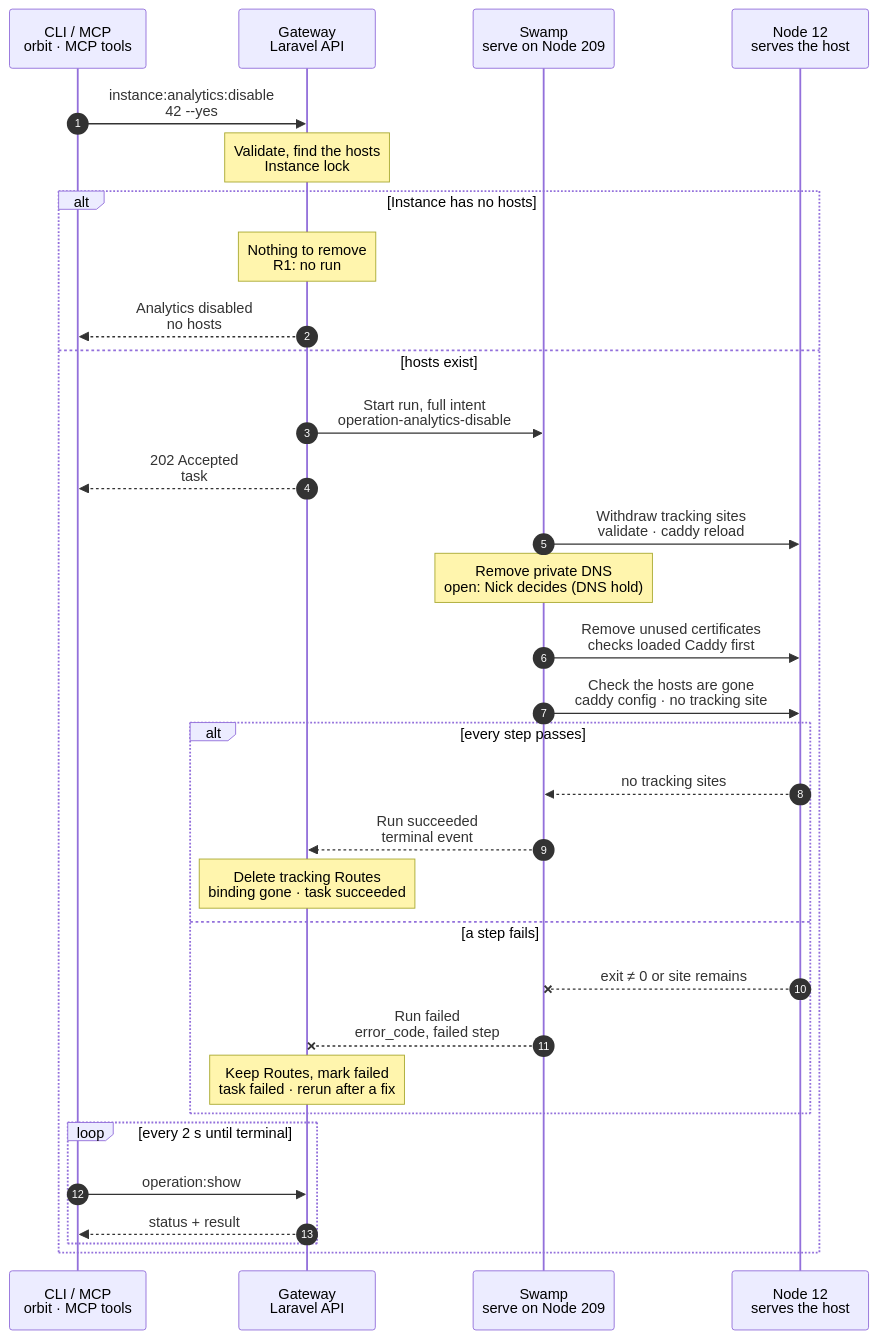
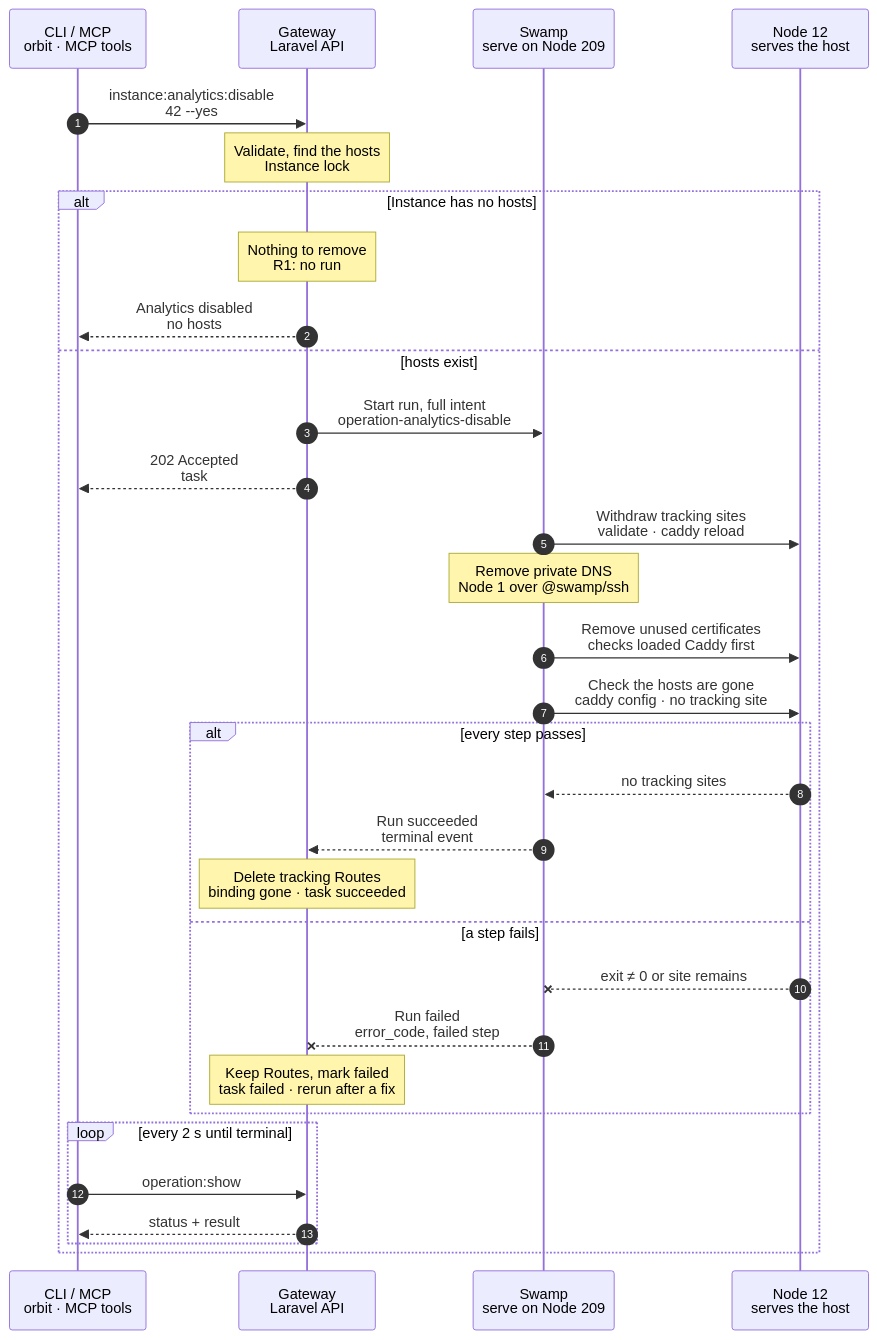
The diagram in docs/flows/analytics.disable.mmd (hardimpactdev/orbit), drawn with Mermaid before and after one commit.

Commit message:
docs(flows): analytics.disable

```diff
--- a/docs/flows/analytics.disable.mmd
+++ b/docs/flows/analytics.disable.mmd
@@ -1,103 +1,103 @@
 sequenceDiagram
-  %% Target design: ADR 0244 task, Recall analytics-plausible-via-swamp (disable keeps the Plausible site), DECISIONS 2 (DNS hold), R1-R4. docs/reference/analytics.md.
+  %% Target design: ADR 0244 task, Recall analytics-plausible-via-swamp (disable keeps the Plausible site), DECISIONS, R1-R4. docs/reference/analytics.md.
   %% status: draft
   %% command: instance:analytics:disable
   autonumber
   %% lane CLI icon=terminal pill=caller tone=gray
   %% lane GW icon=gateway pill=intent tone=blue
   %% lane SW icon=workflow pill=executes tone=green
   %% lane N icon=server pill=target tone=amber
   participant CLI as CLI / MCP<br/>orbit · MCP tools
   participant GW as Gateway<br/>Laravel API
   participant SW as Swamp<br/>serve on Node 209
   participant N as Node 12<br/>serves the host
   CLI->>GW: instance:analytics:disable<br/>42 --yes
   %%> Command:
   %%> - `orbit instance:analytics:disable 42 --yes`
   %%> - syntax: `<instance> [--yes] [--json]`
   %%> Confirmation:
   %%> - without `--yes`, the CLI asks first; the default is No
   %%> - without a terminal, or with `--json`, `--yes` is required (`input.confirmation_required`)
   %%> What it does:
   %%> - removes every tracking host of Instance 42; Plausible keeps the site and its history
   Note over GW: Validate, find the hosts<br/>Instance lock
   %%> Requirements:
   %%> - your Node has an access grant to Node 12
   %%> - no other analytics or Route change runs for Instance 42; the Gateway holds one lock
   %%> Decides:
   %%> - whether any tracking host exists
   alt Instance has no hosts
     Note over GW: Nothing to remove<br/>R1: no run
     %%> Result:
     %%> - nothing changes; no Swamp run starts (R1)
     GW-->>CLI: Analytics disabled<br/>no hosts
     %%> What you get:
     %%> - the final result at once; there is nothing to follow
   else hosts exist
     GW->>SW: Start run, full intent<br/>operation-analytics-disable
     %%> What it does:
     %%> - records task #5127 and starts one Swamp run on serve (Node 209)
     %%> Inputs:
     %%> - the tracking sites and certificates to remove, and their DNS records
     %%> - Node 12's address and SSH host keys; the SSH identity comes from the `swamp` role
     %%> Not included:
     %%> - Plausible credentials; disable does not call Plausible
     GW-->>CLI: 202 Accepted<br/>task #5127
     %%> What you get:
     %%> - the task number, at once
     %%> Next:
     %%> - the CLI follows the task with `operation:show`
     SW->>N: Withdraw tracking sites<br/>validate · caddy reload
     %%> How:
     %%> - over SSH from 209 with `@swamp/ssh`
     %%> What it does:
     %%> - removes only the tracking sections; other sites stay; validates, then reloads Caddy without a restart
-    Note over SW: Remove private DNS<br/>open: Nick decides (DNS hold)
+    Note over SW: Remove private DNS<br/>Node 1 over @swamp/ssh
     %%> What it does:
     %%> - removes the hosts' private DNS records and waits the 31-second grace
-    %%> Open:
-    %%> - the DNS hold (`native-dns-takeover-held`) is in force; Nick decides how Route DNS is published
+    %%> How:
+    %%> - over SSH from 209 to the VPN Node (Node 1), with the `swamp` role's key
     SW->>N: Remove unused certificates<br/>checks loaded Caddy first
     %%> When:
     %%> - only on a Router; tracking hosts on a Node-scoped Route have no Orbit certificate
     %%> What it does:
     %%> - deletes a tracking certificate only when the loaded Caddy config no longer uses it
     SW->>N: Check the hosts are gone<br/>caddy config · no tracking site
     %%> What it does:
     %%> - reads the loaded Caddy config and checks no tracking site remains
     alt every step passes
       N-->>SW: no tracking sites
       %%> Returns:
       %%> - the check passed
       SW-->>GW: Run succeeded<br/>terminal event
       %%> How the Gateway learns it:
       %%> - its shared run reader sees the terminal event; Swamp never calls the Gateway
       Note over GW: Delete tracking Routes<br/>binding gone · task succeeded
       %%> Result:
       %%> - the tracking Routes and the site binding are deleted
       %%> - the Plausible site, its history and its goals stay
       %%> - task #5127 succeeds
     else a step fails
       N--xSW: exit ≠ 0 or site remains
       %%> When:
       %%> - Caddy refuses the config, SSH fails, or a tracking site is still loaded
       SW--xGW: Run failed<br/>error_code, failed step
       %%> The Gateway reads:
       %%> - which step failed and its error code
       Note over GW: Keep Routes, mark failed<br/>task failed · rerun after a fix
       %%> Result:
       %%> - the tracking Routes and the site binding stay, marked failed; task #5127 fails
       %%> On the Node:
       %%> - sections already withdrawn stay withdrawn; there is no rollback
       %%> Retry:
       %%> - run the same command again; it skips what is already gone
     end
     loop every 2 s until terminal
       CLI->>GW: operation:show #5127
       %%> What it does:
       %%> - asks for the task's status every 2 seconds until it has ended
       GW-->>CLI: status + result
       %%> Returns:
       %%> - the current status, and the result once the task has ended
     end
   end
```
